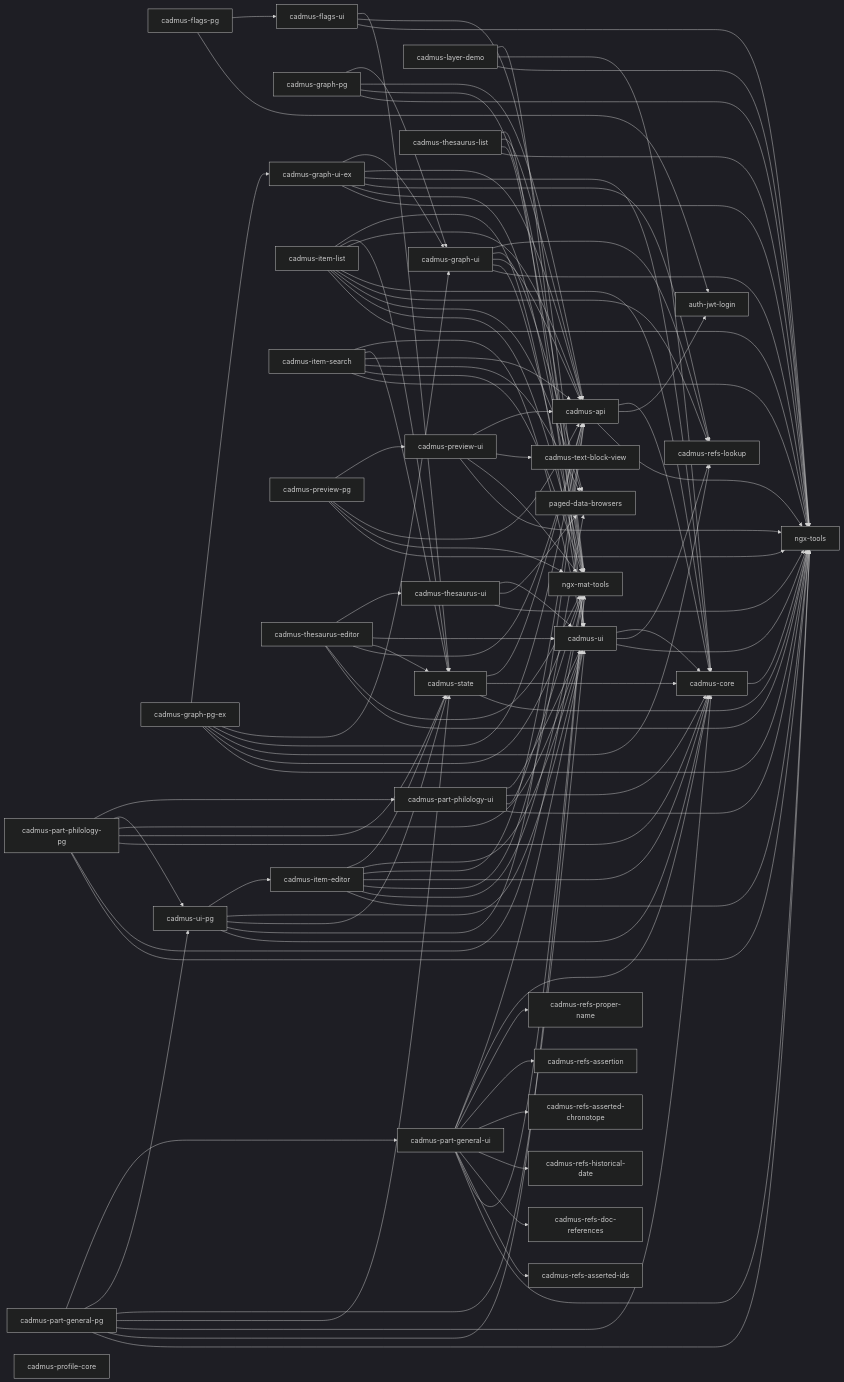
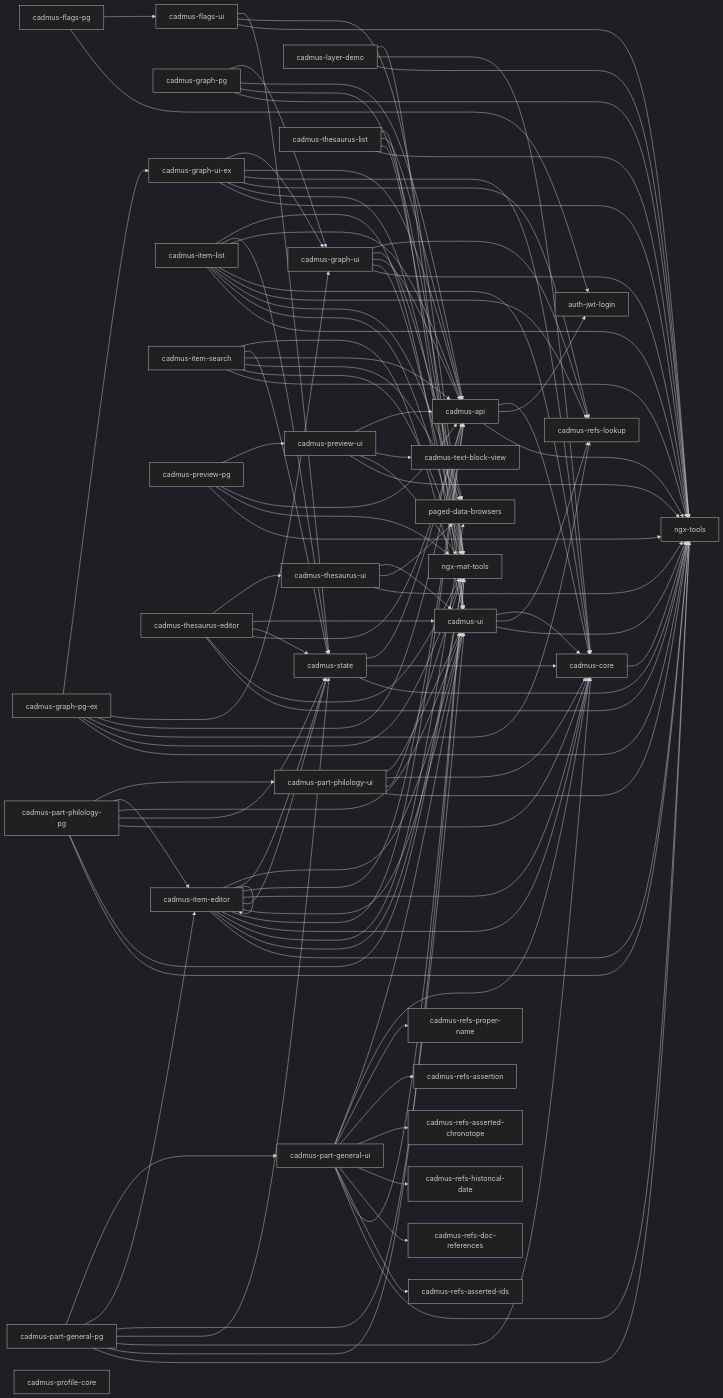
The diagram in frontend/shell.md (vedph/cadmus-doc), drawn with Mermaid (dark theme) before and after one commit. The commit also changed 11 other files, not shown here.

````diff
--- a/frontend/shell.md
+++ b/frontend/shell.md
@@ -72,7 +72,7 @@
   cadmus-part-general-pg --> cadmus-core
   cadmus-part-general-pg --> cadmus-state
   cadmus-part-general-pg --> cadmus-ui
-  cadmus-part-general-pg --> cadmus-ui-pg
+  cadmus-part-general-pg --> cadmus-item-editor
   cadmus-part-general-pg --> cadmus-part-general-ui
   cadmus-part-general-ui --> ngx-tools
   cadmus-part-general-ui --> ngx-mat-tools
@@ -89,7 +89,7 @@
   cadmus-part-philology-pg --> cadmus-core
   cadmus-part-philology-pg --> cadmus-state
   cadmus-part-philology-pg --> cadmus-ui
-  cadmus-part-philology-pg --> cadmus-ui-pg
+  cadmus-part-philology-pg --> cadmus-item-editor
   cadmus-part-philology-pg --> cadmus-part-philology-ui
   cadmus-part-philology-ui --> ngx-tools
   cadmus-part-philology-ui --> ngx-mat-tools
@@ -123,9 +123,9 @@
   cadmus-ui --> ngx-tools
   cadmus-ui --> cadmus-refs-lookup
   cadmus-ui --> cadmus-core
-  cadmus-ui-pg --> cadmus-core
-  cadmus-ui-pg --> cadmus-api
-  cadmus-ui-pg --> cadmus-state
-  cadmus-ui-pg --> cadmus-ui
-  cadmus-ui-pg --> cadmus-item-editor
+  cadmus-item-editor --> cadmus-core
+  cadmus-item-editor --> cadmus-api
+  cadmus-item-editor --> cadmus-state
+  cadmus-item-editor --> cadmus-ui
+  cadmus-item-editor --> cadmus-item-editor
 ```
````
